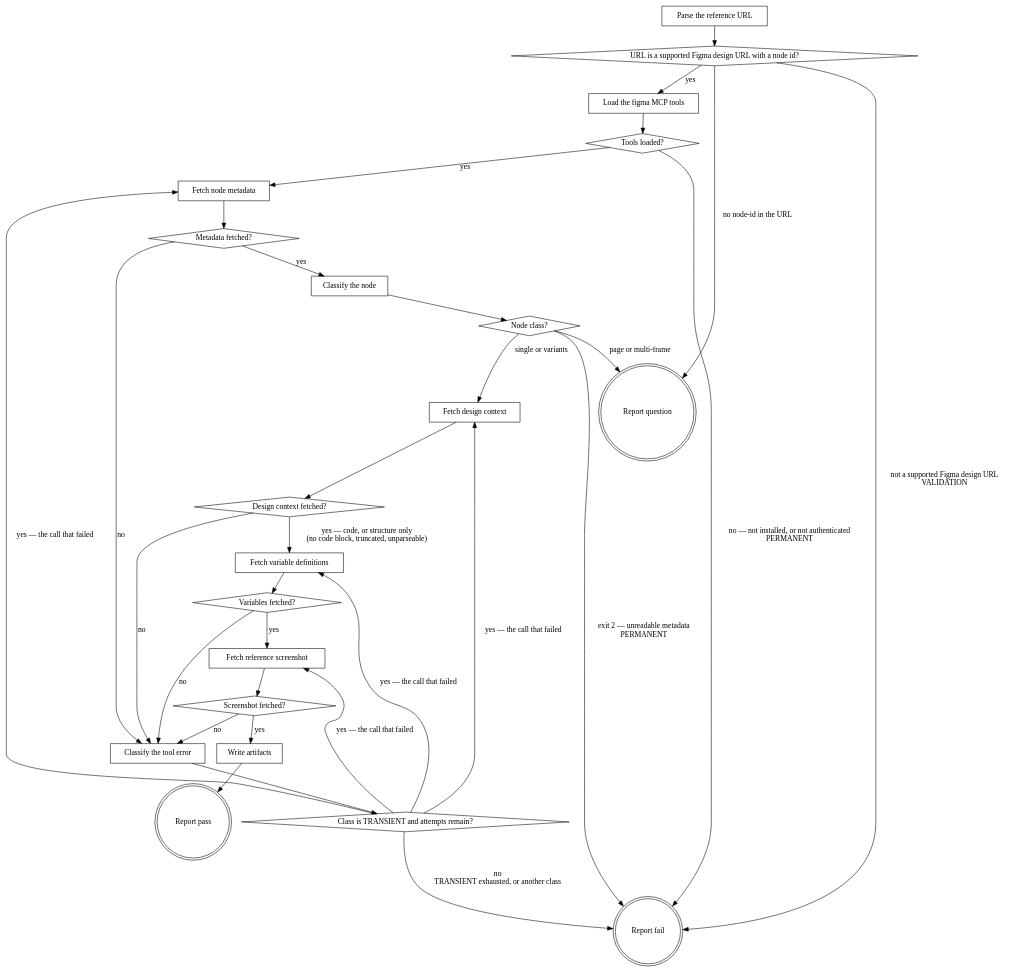
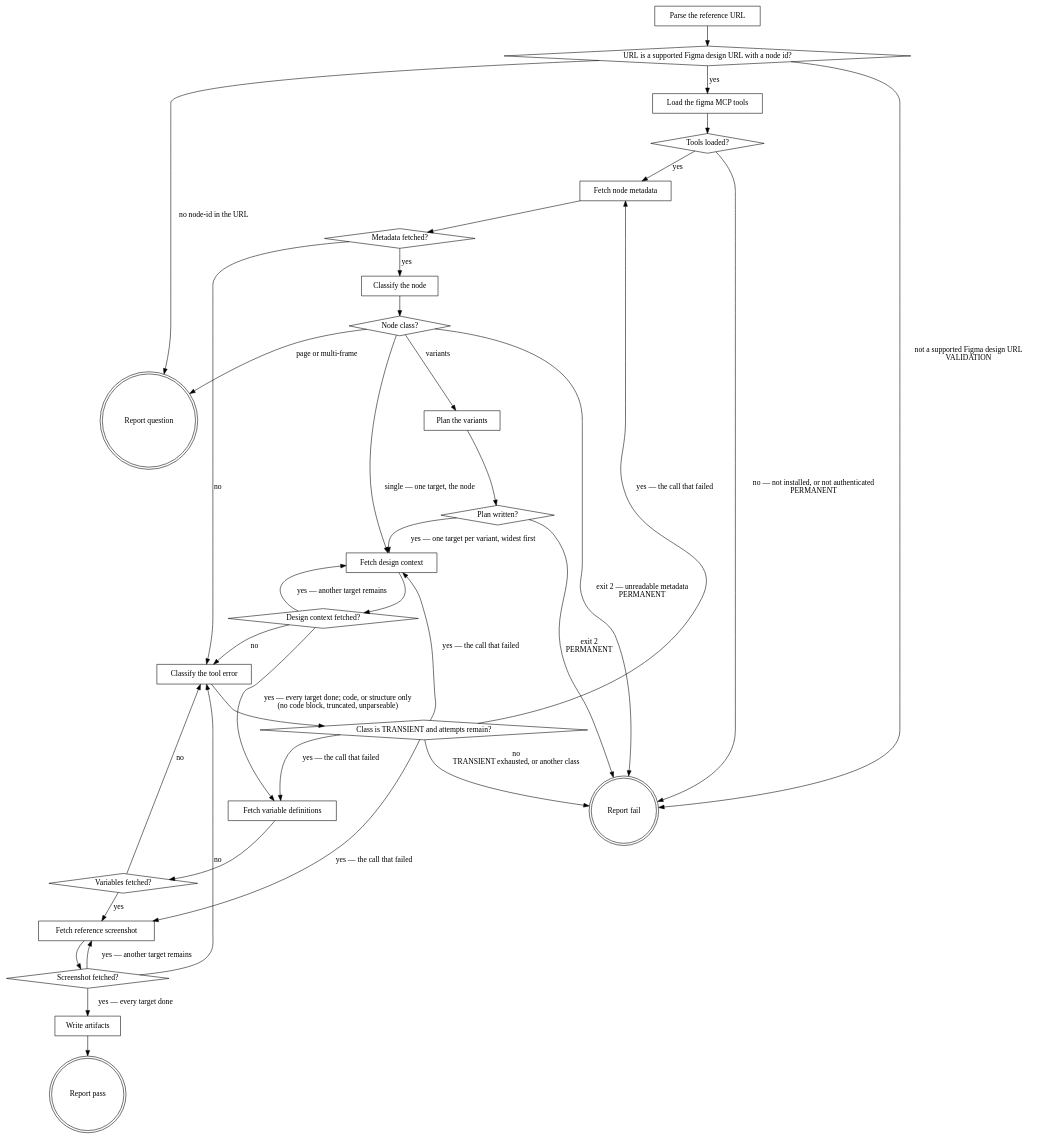
Before and after one commit to agenticDraft/aem-eds-ai-workflow-demo: the diagram in plugins/figma/skills/fetch-reference/SKILL.md, drawn with Graphviz. The commit also changed other lines of this file and 1 other file, not shown here.

First line of the commit message:
fetch-reference fetches each detected viewport variant; extract lists its files

````diff
--- a/plugins/figma/skills/fetch-reference/SKILL.md
+++ b/plugins/figma/skills/fetch-reference/SKILL.md
@@ -41,55 +41,63 @@
 ```dot
 digraph fetch_reference {
     "Parse the reference URL" [shape=box];
     "URL is a supported Figma design URL with a node id?" [shape=diamond];
     "Load the figma MCP tools" [shape=box];
     "Tools loaded?" [shape=diamond];
     "Fetch node metadata" [shape=box];
     "Metadata fetched?" [shape=diamond];
     "Classify the node" [shape=box];
     "Node class?" [shape=diamond];
+    "Plan the variants" [shape=box];
+    "Plan written?" [shape=diamond];
     "Fetch design context" [shape=box];
     "Design context fetched?" [shape=diamond];
     "Fetch variable definitions" [shape=box];
     "Variables fetched?" [shape=diamond];
     "Fetch reference screenshot" [shape=box];
     "Screenshot fetched?" [shape=diamond];
     "Classify the tool error" [shape=box];
     "Class is TRANSIENT and attempts remain?" [shape=diamond];
     "Write artifacts" [shape=box];
     "Report pass" [shape=doublecircle];
     "Report fail" [shape=doublecircle];
     "Report question" [shape=doublecircle];
 
     "Parse the reference URL" -> "URL is a supported Figma design URL with a node id?";
     "URL is a supported Figma design URL with a node id?" -> "Load the figma MCP tools" [label="yes"];
     "URL is a supported Figma design URL with a node id?" -> "Report question" [label="no node-id in the URL"];
     "URL is a supported Figma design URL with a node id?" -> "Report fail" [label="not a supported Figma design URL\nVALIDATION"];
     "Load the figma MCP tools" -> "Tools loaded?";
     "Tools loaded?" -> "Fetch node metadata" [label="yes"];
     "Tools loaded?" -> "Report fail" [label="no — not installed, or not authenticated\nPERMANENT"];
     "Fetch node metadata" -> "Metadata fetched?";
     "Metadata fetched?" -> "Classify the node" [label="yes"];
     "Classify the node" -> "Node class?";
-    "Node class?" -> "Fetch design context" [label="single or variants"];
+    "Node class?" -> "Fetch design context" [label="single — one target, the node"];
+    "Node class?" -> "Plan the variants" [label="variants"];
     "Node class?" -> "Report question" [label="page or multi-frame"];
     "Node class?" -> "Report fail" [label="exit 2 — unreadable metadata\nPERMANENT"];
+    "Plan the variants" -> "Plan written?";
+    "Plan written?" -> "Fetch design context" [label="yes — one target per variant, widest first"];
+    "Plan written?" -> "Report fail" [label="exit 2\nPERMANENT"];
     "Metadata fetched?" -> "Classify the tool error" [label="no"];
     "Fetch design context" -> "Design context fetched?";
-    "Design context fetched?" -> "Fetch variable definitions" [label="yes — code, or structure only\n(no code block, truncated, unparseable)"];
+    "Design context fetched?" -> "Fetch design context" [label="yes — another target remains"];
+    "Design context fetched?" -> "Fetch variable definitions" [label="yes — every target done; code, or structure only\n(no code block, truncated, unparseable)"];
     "Design context fetched?" -> "Classify the tool error" [label="no"];
     "Fetch variable definitions" -> "Variables fetched?";
     "Variables fetched?" -> "Fetch reference screenshot" [label="yes"];
     "Variables fetched?" -> "Classify the tool error" [label="no"];
     "Fetch reference screenshot" -> "Screenshot fetched?";
-    "Screenshot fetched?" -> "Write artifacts" [label="yes"];
+    "Screenshot fetched?" -> "Fetch reference screenshot" [label="yes — another target remains"];
+    "Screenshot fetched?" -> "Write artifacts" [label="yes — every target done"];
     "Screenshot fetched?" -> "Classify the tool error" [label="no"];
     "Classify the tool error" -> "Class is TRANSIENT and attempts remain?";
     "Class is TRANSIENT and attempts remain?" -> "Fetch node metadata" [label="yes — the call that failed"];
     "Class is TRANSIENT and attempts remain?" -> "Fetch design context" [label="yes — the call that failed"];
     "Class is TRANSIENT and attempts remain?" -> "Fetch variable definitions" [label="yes — the call that failed"];
     "Class is TRANSIENT and attempts remain?" -> "Fetch reference screenshot" [label="yes — the call that failed"];
     "Class is TRANSIENT and attempts remain?" -> "Report fail" [label="no\nTRANSIENT exhausted, or another class"];
     "Write artifacts" -> "Report pass";
 }
 ```
````
